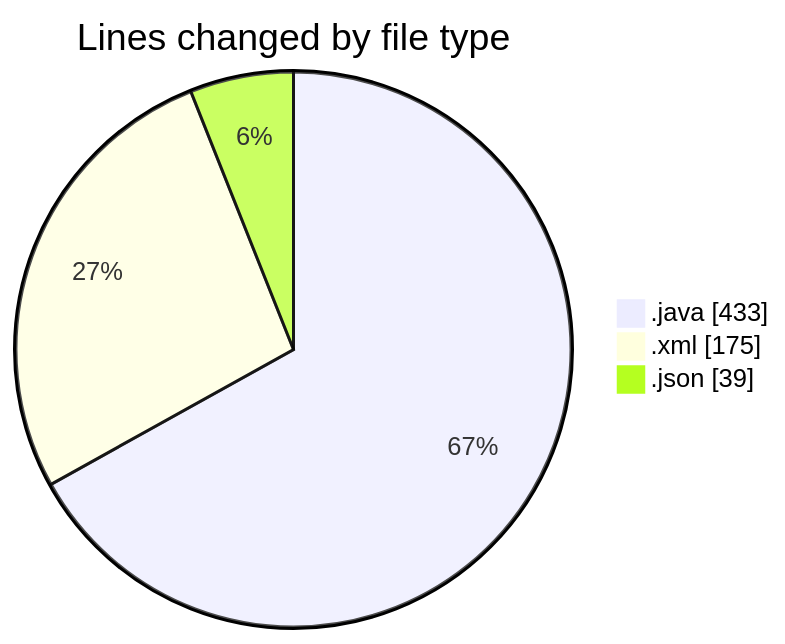
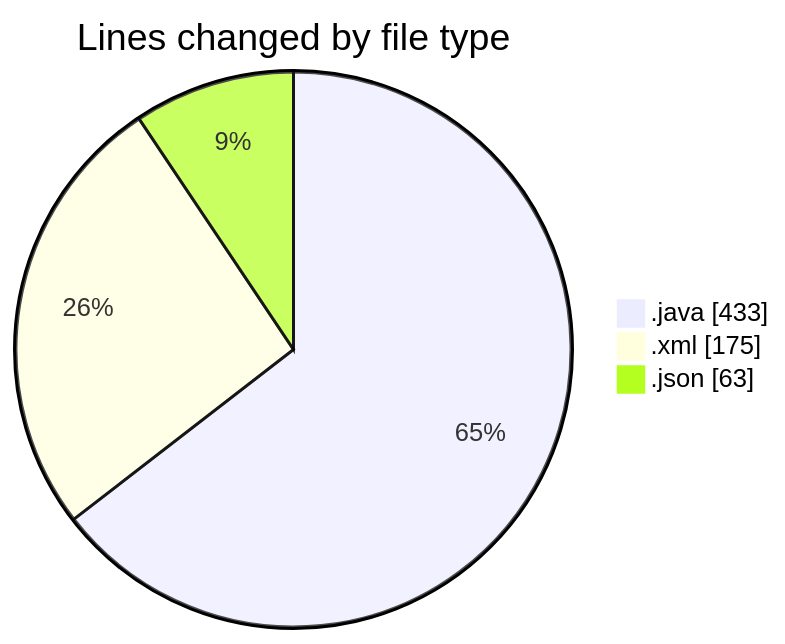
The first of 2 diagrams in 2026-07-07/cilreports__workspace_/README.md (ricardozamudiocil/code-tracking), drawn with Mermaid before and after one commit. The commit also changed other lines of this file and 1 other file, not shown here.

````diff
--- a/2026-07-07/cilreports__workspace_/README.md
+++ b/2026-07-07/cilreports__workspace_/README.md
@@ -22,7 +22,7 @@
 ```mermaid
 pie showData
 title Lines changed by file type
 ".java" : 433
 ".xml" : 175
-".json" : 39
+".json" : 63
 ```
````
